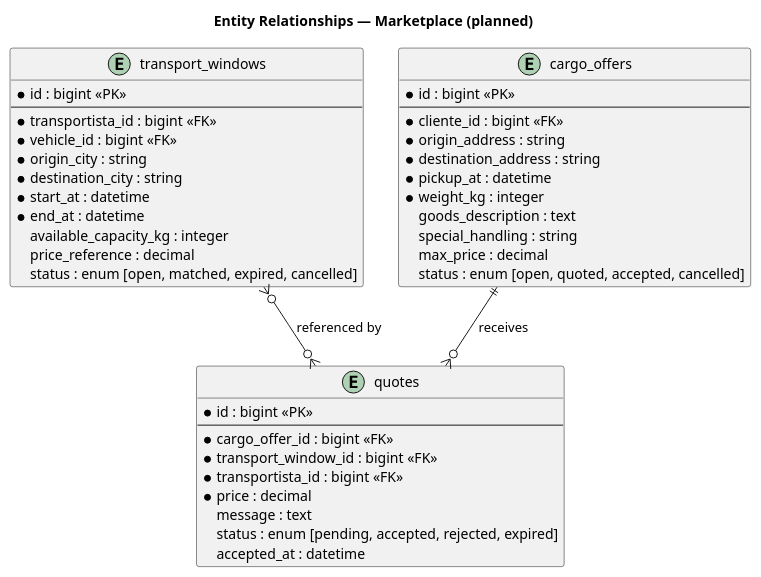
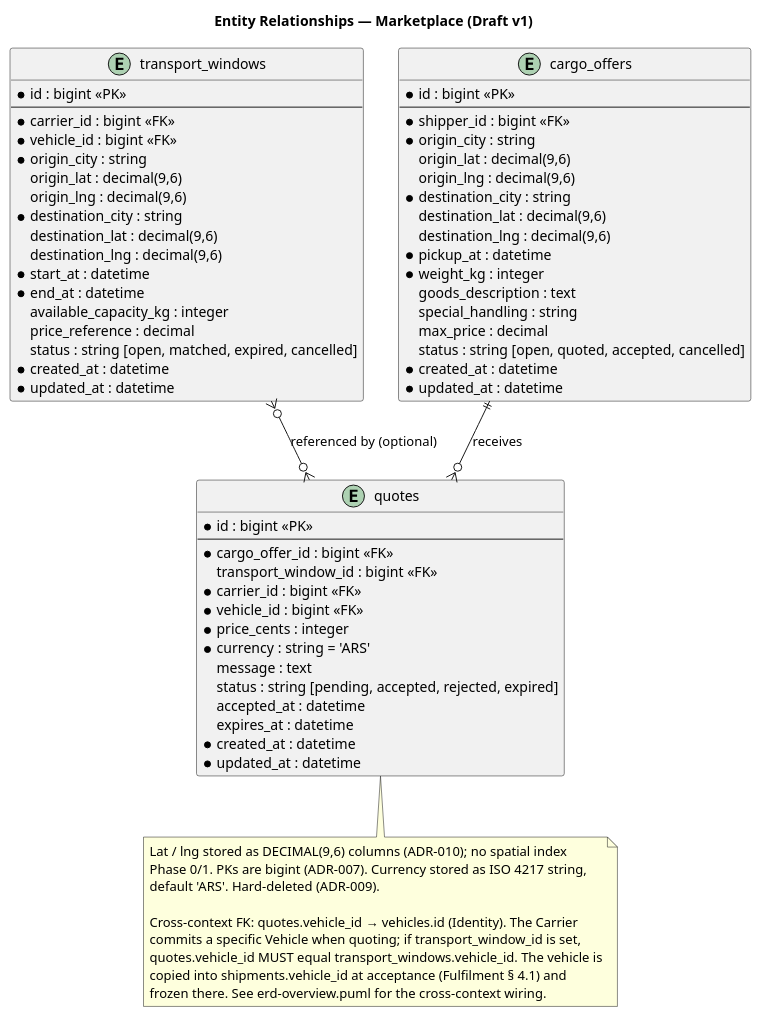
Before and after one commit to matias-ferrero/Truckr: the diagram in docs/04-database-diagrams/erd-marketplace.puml, drawn with PlantUML. The commit also changed 32 other files, not shown here.

First line of the commit message:
[REQ-BE-00005] docs(domain): draft initial domain model, glossary SoT, and identity spec (#74)

```diff
--- a/docs/04-database-diagrams/erd-marketplace.puml
+++ b/docs/04-database-diagrams/erd-marketplace.puml
@@ -1,47 +1,76 @@
 @startuml erd-marketplace
-title Entity Relationships — Marketplace (planned)
+title Entity Relationships — Marketplace (Draft v1)
 
 entity "transport_windows" as tw {
   * id : bigint <<PK>>
   --
-  * transportista_id : bigint <<FK>>
+  * carrier_id : bigint <<FK>>
   * vehicle_id : bigint <<FK>>
   * origin_city : string
+  origin_lat : decimal(9,6)
+  origin_lng : decimal(9,6)
   * destination_city : string
+  destination_lat : decimal(9,6)
+  destination_lng : decimal(9,6)
   * start_at : datetime
   * end_at : datetime
   available_capacity_kg : integer
   price_reference : decimal
-  status : enum [open, matched, expired, cancelled]
+  status : string [open, matched, expired, cancelled]
+  * created_at : datetime
+  * updated_at : datetime
 }
 
 entity "cargo_offers" as co {
   * id : bigint <<PK>>
   --
-  * cliente_id : bigint <<FK>>
-  * origin_address : string
-  * destination_address : string
+  * shipper_id : bigint <<FK>>
+  * origin_city : string
+  origin_lat : decimal(9,6)
+  origin_lng : decimal(9,6)
+  * destination_city : string
+  destination_lat : decimal(9,6)
+  destination_lng : decimal(9,6)
   * pickup_at : datetime
   * weight_kg : integer
   goods_description : text
   special_handling : string
   max_price : decimal
-  status : enum [open, quoted, accepted, cancelled]
+  status : string [open, quoted, accepted, cancelled]
+  * created_at : datetime
+  * updated_at : datetime
 }
 
 entity "quotes" as q {
   * id : bigint <<PK>>
   --
   * cargo_offer_id : bigint <<FK>>
-  * transport_window_id : bigint <<FK>>
-  * transportista_id : bigint <<FK>>
-  * price : decimal
+  transport_window_id : bigint <<FK>>
+  * carrier_id : bigint <<FK>>
+  * vehicle_id : bigint <<FK>>
+  * price_cents : integer
+  * currency : string = 'ARS'
   message : text
-  status : enum [pending, accepted, rejected, expired]
+  status : string [pending, accepted, rejected, expired]
   accepted_at : datetime
+  expires_at : datetime
+  * created_at : datetime
+  * updated_at : datetime
 }
 
-tw }o--o{ q : "referenced by"
+tw }o--o{ q : "referenced by (optional)"
 co ||--o{ q : "receives"
 
+note bottom
+  Lat / lng stored as DECIMAL(9,6) columns (ADR-010); no spatial index
+  Phase 0/1. PKs are bigint (ADR-007). Currency stored as ISO 4217 string,
+  default 'ARS'. Hard-deleted (ADR-009).
+
+  Cross-context FK: quotes.vehicle_id → vehicles.id (Identity). The Carrier
+  commits a specific Vehicle when quoting; if transport_window_id is set,
+  quotes.vehicle_id MUST equal transport_windows.vehicle_id. The vehicle is
+  copied into shipments.vehicle_id at acceptance (Fulfilment § 4.1) and
+  frozen there. See erd-overview.puml for the cross-context wiring.
+end note
+
 @enduml
```
